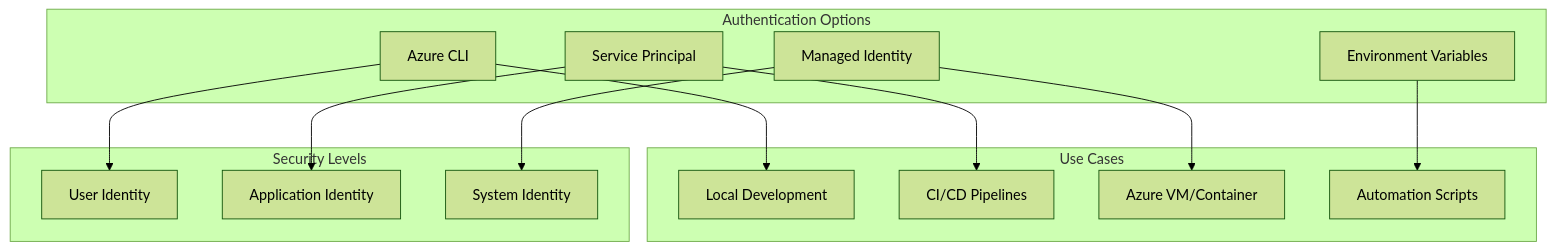
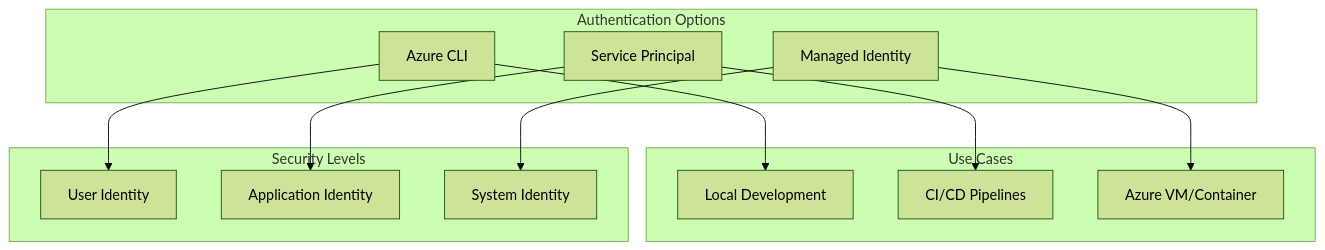
One commit to lrivallain/ms-alz-workshop changed the seventh of 10 diagrams in docs/Workshop-1-Modern-DevOps-IaC-Essentials/content/04-terraform-basics.md. Above: the diagram before and after it, drawn with Mermaid (forest theme). The commit also changed other lines of this file and 3 other files, not shown here.

````diff
--- a/docs/Workshop-1-Modern-DevOps-IaC-Essentials/content/04-terraform-basics.md
+++ b/docs/Workshop-1-Modern-DevOps-IaC-Essentials/content/04-terraform-basics.md
@@ -258,31 +314,28 @@
 ```mermaid
 graph TB
     subgraph "Authentication Options"
         A[Azure CLI]
         B[Service Principal]
         C[Managed Identity]
-        D[Environment Variables]
     end
 
     subgraph "Use Cases"
         E[Local Development]
         F[CI/CD Pipelines]
         G[Azure VM/Container]
-        H[Automation Scripts]
     end
 
     A --> E
     B --> F
     C --> G
-    D --> H
 
     subgraph "Security Levels"
         I[User Identity]
         J[Application Identity]
         K[System Identity]
     end
 
     A --> I
     B --> J
     C --> K
 ```
````
